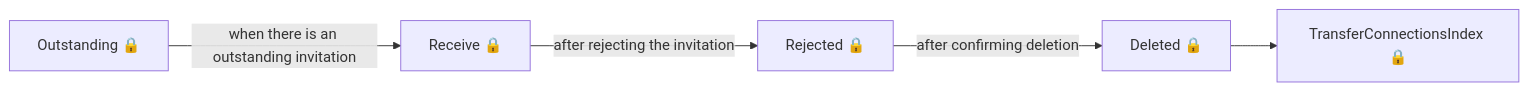
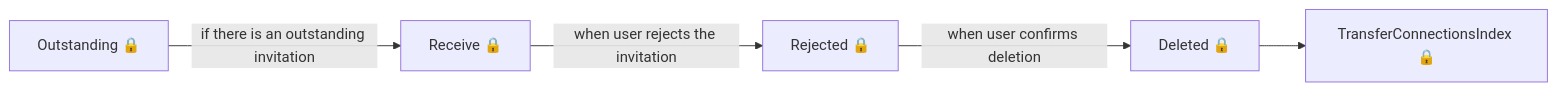
Before and after one commit to talentconsulting/atlas-dfe: the ninth of 10 diagrams in das-employer-finance/user-journeys/user-journeys.md, drawn with Mermaid. The commit also changed other lines of this file and 6 other files, not shown here.

````diff
--- a/das-employer-finance/user-journeys/user-journeys.md
+++ b/das-employer-finance/user-journeys/user-journeys.md
@@ -45,7 +100,7 @@
 ```mermaid
 flowchart LR
-  p0["Outstanding 🔒"] -->|"when there is an outstanding invitation"| p1["Receive 🔒"]
-  p1["Receive 🔒"] -->|"after rejecting the invitation"| p2["Rejected 🔒"]
-  p2["Rejected 🔒"] -->|"after confirming deletion"| p3["Deleted 🔒"]
+  p0["Outstanding 🔒"] -->|"if there is an outstanding invitation"| p1["Receive 🔒"]
+  p1["Receive 🔒"] -->|"when user rejects the invitation"| p2["Rejected 🔒"]
+  p2["Rejected 🔒"] -->|"when user confirms deletion"| p3["Deleted 🔒"]
   p3["Deleted 🔒"] --> p4["TransferConnectionsIndex 🔒"]
 ```
````
